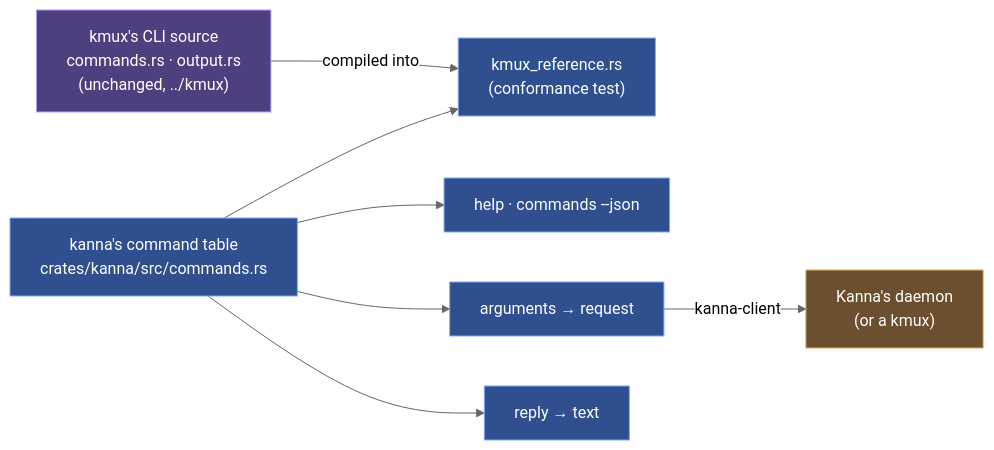
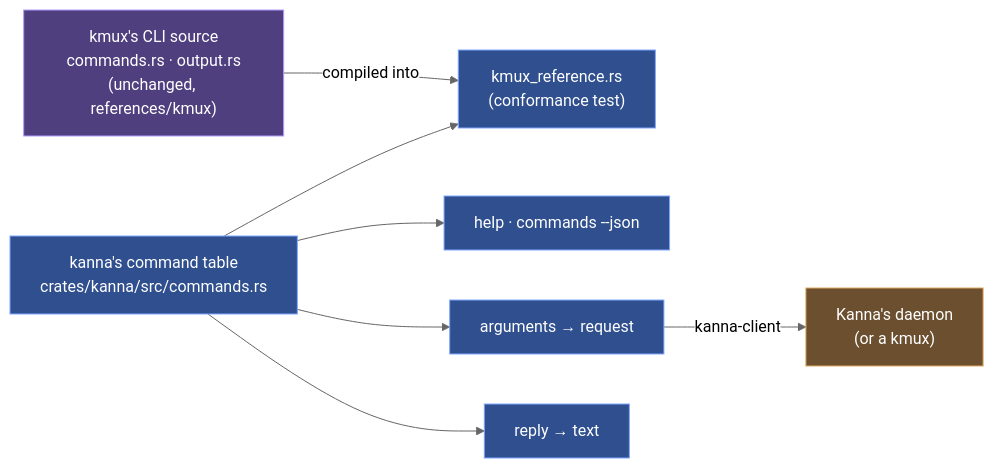
Before and after one commit to jemdiggity/kanna-v4: diagram 12 of 18 in docs/kanna-spec.md, drawn with Mermaid (neutral theme). The commit also changed other lines of this file and 7 other files, not shown here.

Commit message:
The reference tests read kmux from references/kmux; docs say how to pull kmux and what kmux.rev is still for

````diff
--- a/docs/kanna-spec.md
+++ b/docs/kanna-spec.md
@@ -595,15 +595,15 @@
 ```mermaid
 flowchart LR
-    KSRC["kmux's CLI source<br/>commands.rs · output.rs<br/>(unchanged, ../kmux)"] -->|"compiled into"| REF["kmux_reference.rs<br/>(conformance test)"]
+    KSRC["kmux's CLI source<br/>commands.rs · output.rs<br/>(unchanged, references/kmux)"] -->|"compiled into"| REF["kmux_reference.rs<br/>(conformance test)"]
     TABLE["kanna's command table<br/>crates/kanna/src/commands.rs"] --> REF
     TABLE --> HELP["help · commands --json"]
     TABLE --> PARSE["arguments → request"]
     TABLE --> OUT["reply → text"]
     PARSE -->|"kanna-client"| D["Kanna's daemon<br/>(or a kmux)"]
     classDef kmuxapp fill:#4f3f7f,stroke:#b39cff,color:#ffffff
     classDef kmux fill:#2f4f8f,stroke:#7fa7ff,color:#ffffff
     classDef ext fill:#6b4f2f,stroke:#e0a960,color:#ffffff
     class KSRC kmuxapp
     class TABLE,HELP,PARSE,OUT,REF kmux
     class D ext
 ```
````
